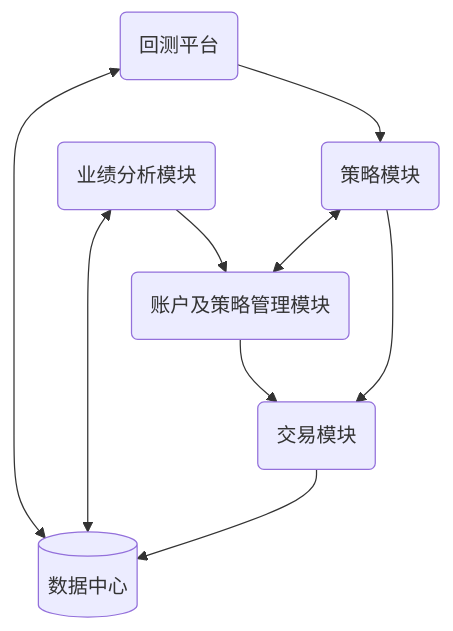
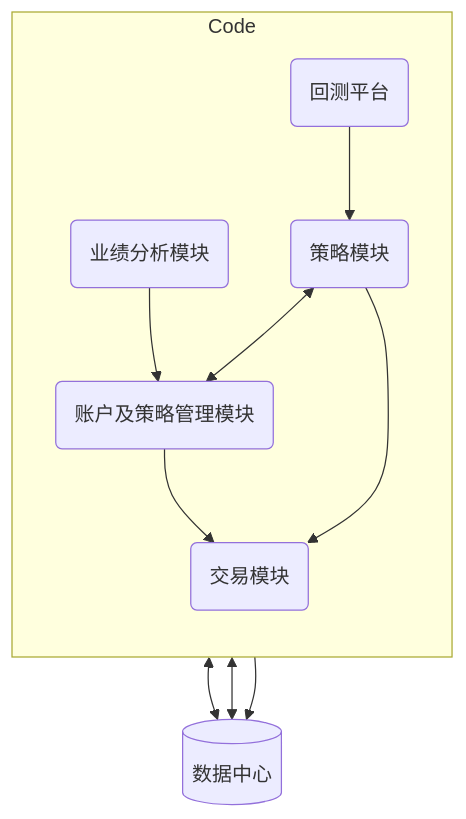
The diagram in inv/method-03.md (hdouhua/pick-up-python), drawn with Mermaid before and after one commit. The commit also changed 1 other file, not shown here.

Commit message:
fix[inv]: revise flow diagram

````diff
--- a/inv/method-03.md
+++ b/inv/method-03.md
@@ -10,24 +10,34 @@
 ```mermaid
+%%{ init: { 'flowchart': { 'curve': 'basis' } } }%%
 flowchart TB
   m1(账户及策略管理模块)
   m2(策略模块)
   m3(交易模块)
   m4(回测平台)
   m5(业绩分析模块)
   m6[(数据中心)]
+
+subgraph Code
+  direction TB
+  m1
+  m2
+  m3
+  m4
+  m5
+end
 
   %% m5
   m5 <--> m6
   m5 --> m1
 
   %% m4
   m4 <--> m6
   m4 --> m2
 
   %% m2
   m2 <--> m1
   m2 --> m3
 
   m1 --> m3
   m3 --> m6
 ```
````
